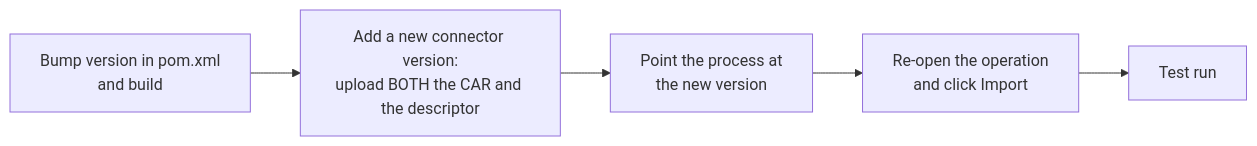
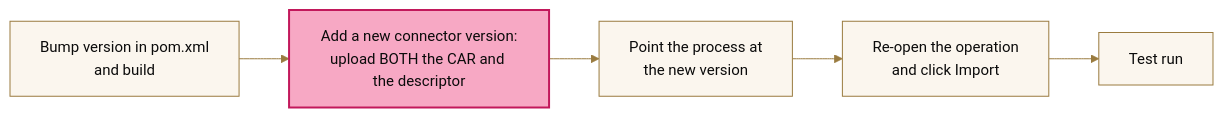
Before and after one commit to brianbrinley/BoomiCustomConnectors: the second of 5 diagrams in jev-connector/README.md, drawn with Mermaid. The commit also changed other lines of this file and 12 other files, not shown here.

````diff
--- a/jev-connector/README.md
+++ b/jev-connector/README.md
@@ -78,7 +93,14 @@
 ```mermaid
+%%{init: {"theme": "base", "fontFamily": "Josefin Sans, trebuchet ms, verdana, arial, sans-serif", "themeVariables": {"fontSize": "15px", "background": "#FBF6EE", "primaryColor": "#FBF6EE", "primaryTextColor": "#0B0B0B", "primaryBorderColor": "#9A7B3F", "lineColor": "#9A7B3F", "textColor": "#0B0B0B", "secondaryColor": "#9FDED6", "tertiaryColor": "#FBE7A1", "edgeLabelBackground": "#FBF6EE", "clusterBkg": "#FBF6EE", "clusterBorder": "#9A7B3F", "actorBkg": "#F7A8C4", "actorBorder": "#C2185B", "actorTextColor": "#0B0B0B", "actorLineColor": "#9A7B3F", "signalColor": "#0B0B0B", "signalTextColor": "#0B0B0B", "labelBoxBkgColor": "#FBE7A1", "labelBoxBorderColor": "#9A7B3F", "labelTextColor": "#0B0B0B", "loopTextColor": "#0B0B0B", "noteBkgColor": "#FBE7A1", "noteBorderColor": "#9A7B3F", "noteTextColor": "#0B0B0B", "activationBkgColor": "#9FDED6", "activationBorderColor": "#0F766E", "sequenceNumberColor": "#FBF6EE"}}}%%
 flowchart LR
     A["Bump version in pom.xml<br/>and build"] --> B["Add a new connector version:<br/>upload BOTH the CAR and the descriptor"]
     B --> C["Point the process at<br/>the new version"]
     C --> D["Re-open the operation<br/>and click Import"]
     D --> E["Test run"]
+    class B focus
+    classDef focus fill:#F7A8C4,stroke:#C2185B,stroke-width:2px,color:#0B0B0B
+    classDef decision fill:#9FDED6,stroke:#0F766E,stroke-width:2px,color:#0B0B0B
+    classDef highlight fill:#FBE7A1,stroke:#9A7B3F,stroke-width:1.5px,color:#0B0B0B
+    classDef external fill:#FFFFFF,stroke:#0F766E,stroke-width:1.5px,stroke-dasharray:5 3,color:#0B0B0B
+    classDef error fill:#FFFFFF,stroke:#D03B3B,stroke-width:2px,color:#0B0B0B
 ```
````
